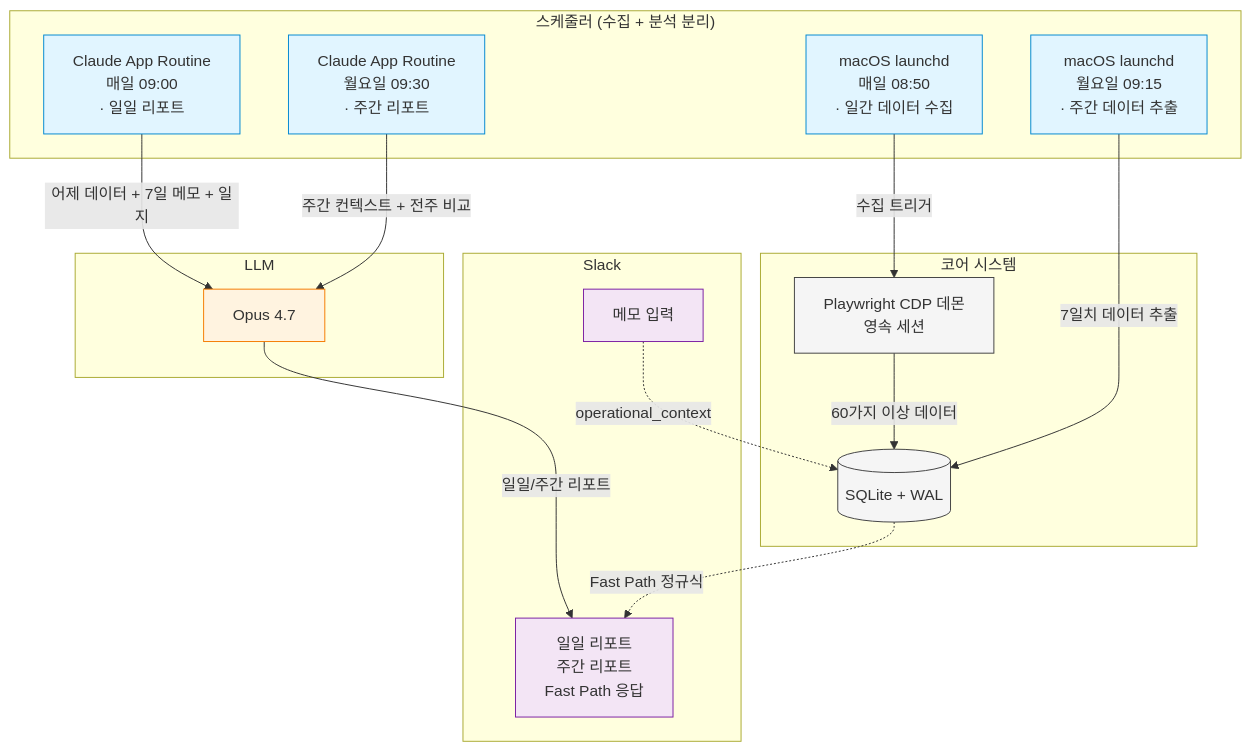
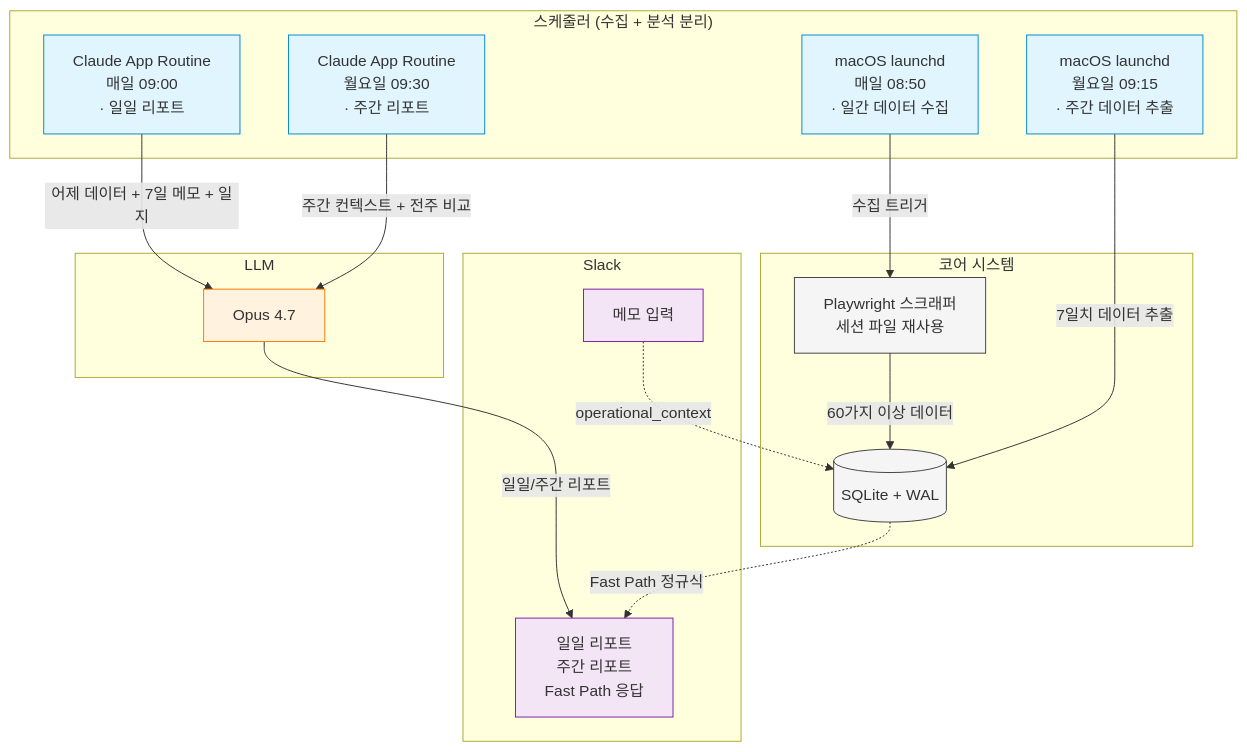
One commit to hyewon3938/commerce-agents changed the second of 2 diagrams in README.md. Above: the diagram before and after it, drawn with Mermaid. The commit also changed other lines of this file, not shown here.

First line of the commit message:
docs: 세션 유지 방식 서술 정정 — CDP 데몬에서 storageState 재사용으로

````diff
--- a/README.md
+++ b/README.md
@@ -128,41 +128,41 @@
 ```mermaid
 graph TB
     subgraph Schedulers["스케줄러 (수집 + 분석 분리)"]
         L["macOS launchd<br/>매일 08:50<br/>· 일간 데이터 수집"]
         R["Claude App Routine<br/>매일 09:00<br/>· 일일 리포트"]
         LW["macOS launchd<br/>월요일 09:15<br/>· 주간 데이터 추출"]
         RW["Claude App Routine<br/>월요일 09:30<br/>· 주간 리포트"]
     end
 
     subgraph Core["코어 시스템"]
-        DM[Playwright CDP 데몬<br/>영속 세션]
+        DM["Playwright 스크래퍼<br/>세션 파일 재사용"]
         DB[(SQLite + WAL)]
     end
 
     subgraph LLM["LLM"]
         O[Opus 4.7]
     end
 
     subgraph SlackLayer["Slack"]
         IN[메모 입력]
         OUT["일일 리포트<br/>주간 리포트<br/>Fast Path 응답"]
     end
 
     L -->|수집 트리거| DM
     DM -->|60가지 이상 데이터| DB
     R -->|어제 데이터 + 7일 메모 + 일지| O
     LW -->|7일치 데이터 추출| DB
     RW -->|주간 컨텍스트 + 전주 비교| O
     O -->|일일/주간 리포트| OUT
     IN -.->|operational_context| DB
     DB -.->|Fast Path 정규식| OUT
 
     classDef sched fill:#e1f5ff,stroke:#0288d1
     classDef core fill:#f5f5f5,stroke:#424242
     classDef llm fill:#fff3e0,stroke:#f57c00
     classDef slack fill:#f3e5f5,stroke:#7b1fa2
     class L,R,LW,RW sched
     class DM,DB core
     class O llm
     class IN,OUT slack
 ```
````
